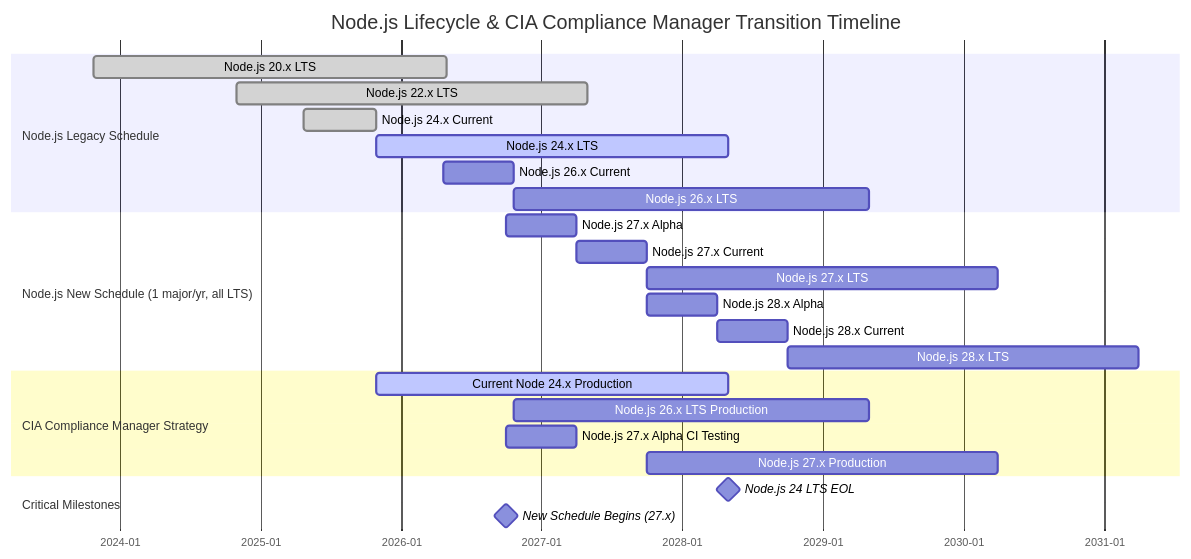
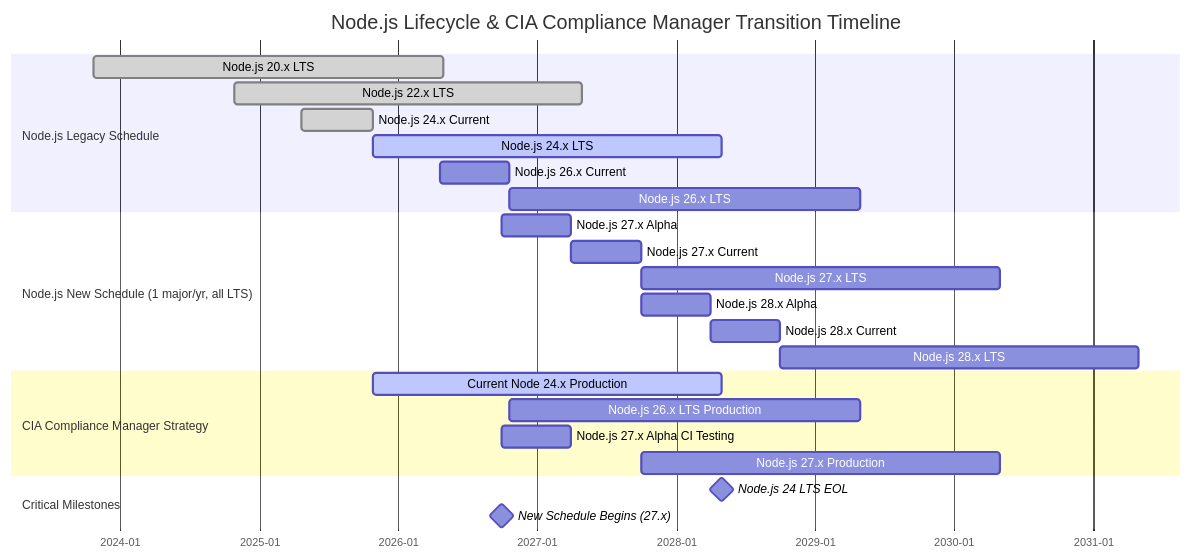
The second of 9 diagrams in docs/End-of-Life-Strategy.md (Hack23/cia-compliance-manager), drawn with Mermaid before and after one commit. The commit also changed other lines of this file, not shown here.

Commit message:
fix: align Node.js LTS end dates to consistent month-end format in Gantt charts

````diff
--- a/docs/End-of-Life-Strategy.md
+++ b/docs/End-of-Life-Strategy.md
@@ -170,32 +170,32 @@
 ```mermaid
 gantt
     title Node.js Lifecycle & CIA Compliance Manager Transition Timeline
     dateFormat YYYY-MM-DD
     axisFormat %Y-%m
 
     section Node.js Legacy Schedule
     Node.js 20.x LTS           :done, node20lts, 2023-10-24, 2026-04-30
     Node.js 22.x LTS           :done, node22lts, 2024-10-29, 2027-04-30
     Node.js 24.x Current       :done, node24cur, 2025-04-22, 2025-10-28
     Node.js 24.x LTS           :active, node24lts, 2025-10-28, 2028-04-30
     Node.js 26.x Current       :node26cur, 2026-04-21, 2026-10-20
     Node.js 26.x LTS           :node26lts, 2026-10-20, 2029-04-30
 
     section Node.js New Schedule (1 major/yr, all LTS)
     Node.js 27.x Alpha         :node27a, 2026-10-01, 2027-03-31
     Node.js 27.x Current       :node27cur, 2027-04-01, 2027-10-01
-    Node.js 27.x LTS           :node27lts, 2027-10-01, 2030-04-01
+    Node.js 27.x LTS           :node27lts, 2027-10-01, 2030-04-30
     Node.js 28.x Alpha         :node28a, 2027-10-01, 2028-03-31
     Node.js 28.x Current       :node28cur, 2028-04-01, 2028-10-01
-    Node.js 28.x LTS           :node28lts, 2028-10-01, 2031-04-01
+    Node.js 28.x LTS           :node28lts, 2028-10-01, 2031-04-30
 
     section CIA Compliance Manager Strategy
     Current Node 24.x Production :active, cm24prod, 2025-10-28, 2028-04-30
     Node.js 26.x LTS Production  :cm26prod, 2026-10-20, 2029-04-30
     Node.js 27.x Alpha CI Testing:cm27alpha, 2026-10-01, 2027-04-01
-    Node.js 27.x Production      :cm27prod, 2027-10-01, 2030-04-01
+    Node.js 27.x Production      :cm27prod, 2027-10-01, 2030-04-30
 
     section Critical Milestones
     Node.js 24 LTS EOL          :milestone, node24eol, 2028-04-30, 0d
     New Schedule Begins (27.x)  :milestone, newschedule, 2026-10-01, 0d
 ```
````
